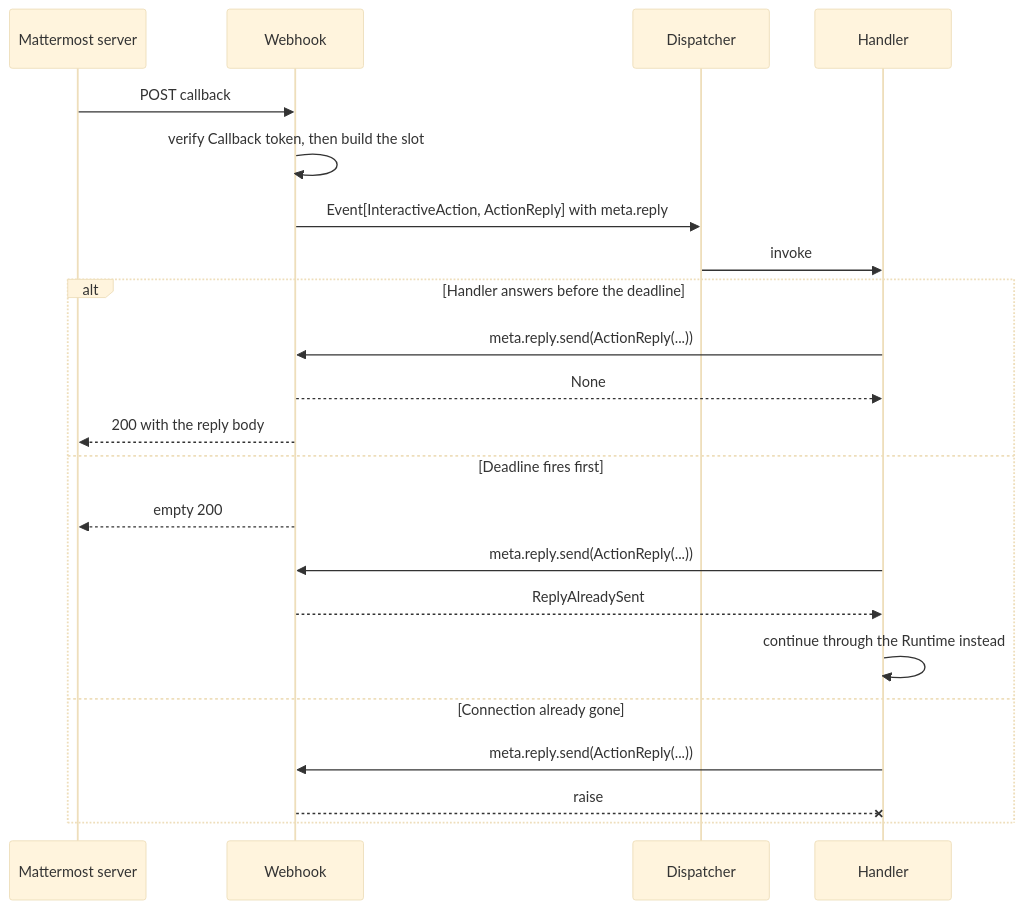
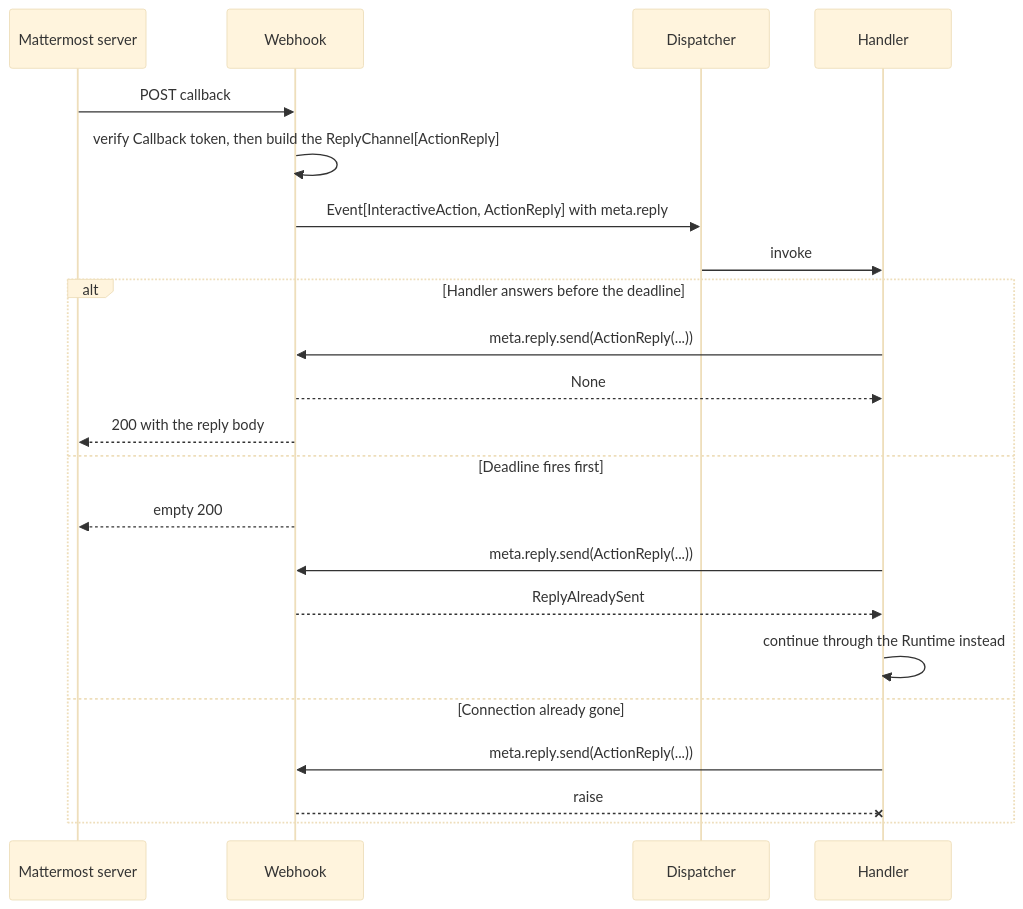
One commit to dmastapkovich/aiommbot changed the fourth of 5 diagrams in docs/design/components/event.md. Above: the diagram before and after it, drawn with Mermaid (base theme). The commit also changed other lines of this file and 7 other files, not shown here.

````diff
--- a/docs/design/components/event.md
+++ b/docs/design/components/event.md
@@ -219,24 +274,24 @@
 ```mermaid
 sequenceDiagram
     participant MM as Mattermost server
     participant WH as Webhook
     participant D as Dispatcher
     participant H as Handler
     MM->>WH: POST callback
-    WH->>WH: verify Callback token, then build the slot
+    WH->>WH: verify Callback token, then build the ReplyChannel[ActionReply]
     WH->>D: Event[InteractiveAction, ActionReply] with meta.reply
     D->>H: invoke
     alt Handler answers before the deadline
         H->>WH: meta.reply.send(ActionReply(...))
         WH-->>H: None
         WH-->>MM: 200 with the reply body
     else Deadline fires first
         WH-->>MM: empty 200
         H->>WH: meta.reply.send(ActionReply(...))
         WH-->>H: ReplyAlreadySent
         H->>H: continue through the Runtime instead
     else Connection already gone
         H->>WH: meta.reply.send(ActionReply(...))
         WH--xH: raise
     end
 ```
````
